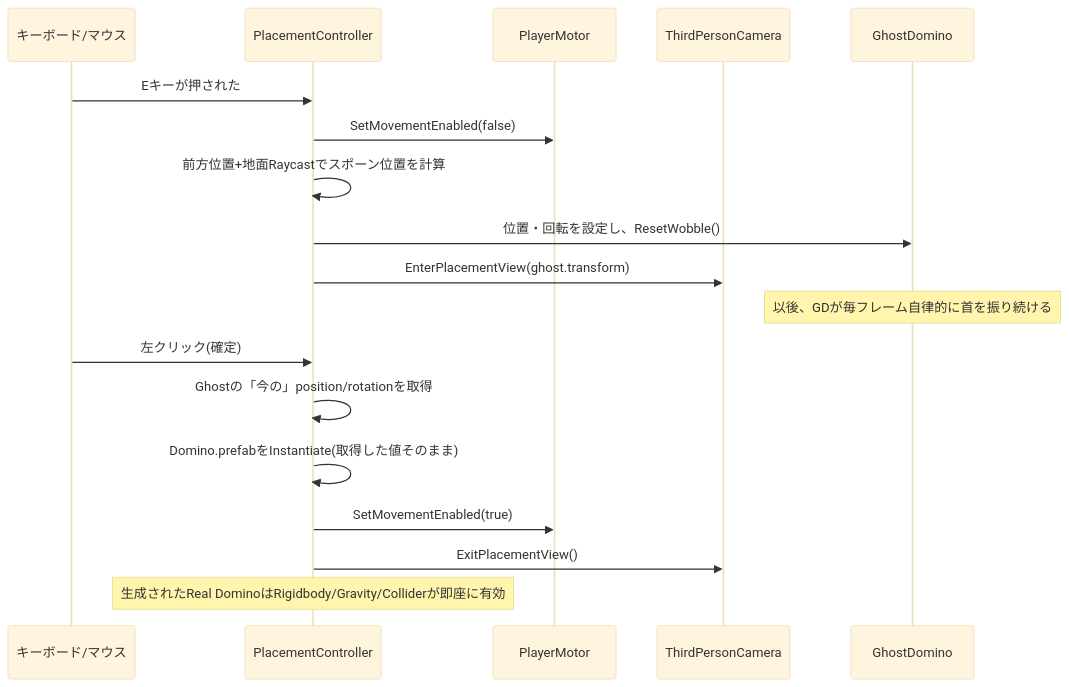
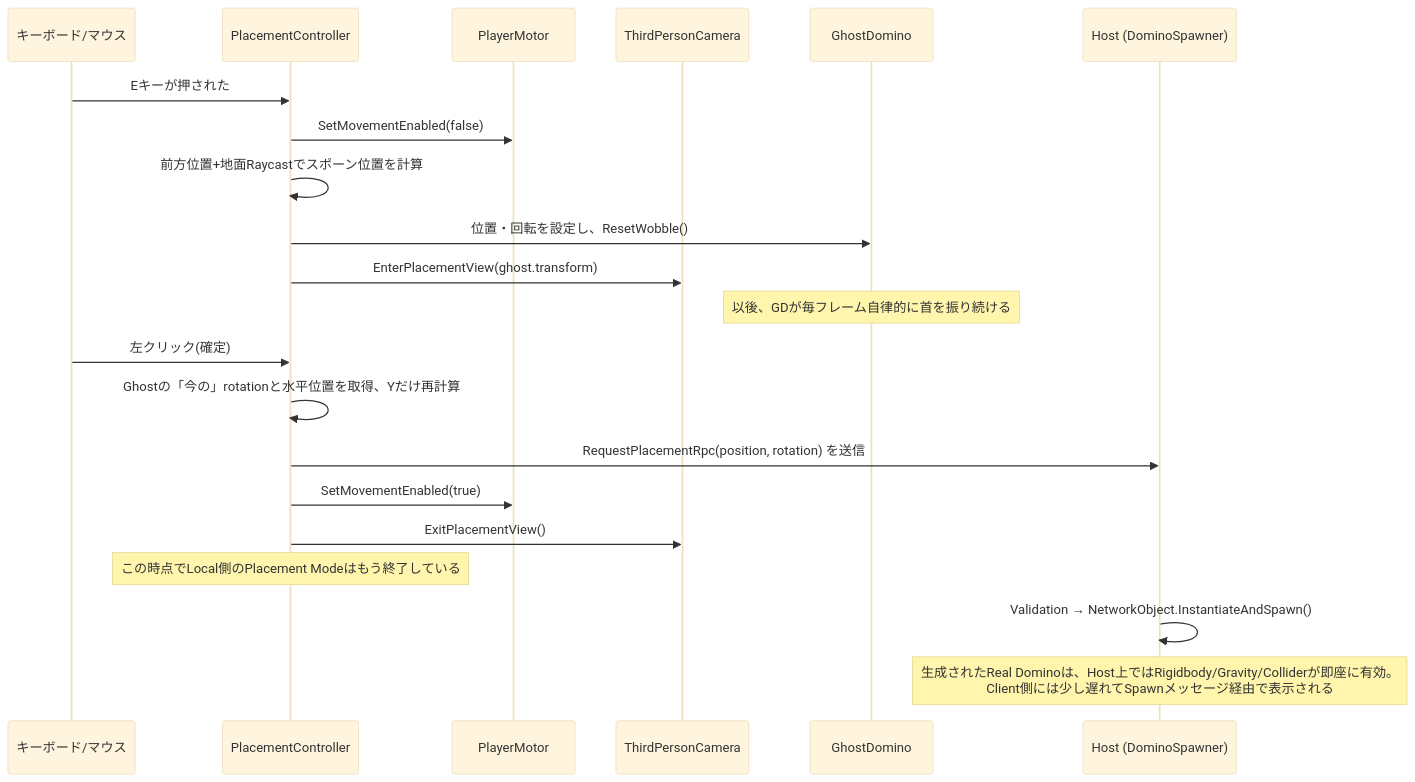
The first of 2 diagrams in Docs/PlayerSystem.md (skygonzaburou/domino-game), drawn with Mermaid (base theme) before and after one commit. The commit also changed other lines of this file and 9 other files, not shown here.

First line of the commit message:
Step 5: Networked Domino placement with Host-authoritative physics

````diff
--- a/Docs/PlayerSystem.md
+++ b/Docs/PlayerSystem.md
@@ -165,22 +170,25 @@
 ```mermaid
 sequenceDiagram
     participant Kb as キーボード/マウス
     participant PC as PlacementController
     participant PM as PlayerMotor
     participant Cam as ThirdPersonCamera
     participant GD as GhostDomino
+    participant Host as Host (DominoSpawner)
 
     Kb->>PC: Eキーが押された
     PC->>PM: SetMovementEnabled(false)
     PC->>PC: 前方位置+地面Raycastでスポーン位置を計算
     PC->>GD: 位置・回転を設定し、ResetWobble()
     PC->>Cam: EnterPlacementView(ghost.transform)
     Note over GD: 以後、GDが毎フレーム自律的に首を振り続ける
 
     Kb->>PC: 左クリック(確定)
-    PC->>PC: Ghostの「今の」position/rotationを取得
-    PC->>PC: Domino.prefabをInstantiate(取得した値そのまま)
+    PC->>PC: Ghostの「今の」rotationと水平位置を取得、Yだけ再計算
+    PC->>Host: RequestPlacementRpc(position, rotation) を送信
     PC->>PM: SetMovementEnabled(true)
     PC->>Cam: ExitPlacementView()
-    Note over PC: 生成されたReal DominoはRigidbody/Gravity/Colliderが即座に有効
+    Note over PC: この時点でLocal側のPlacement Modeはもう終了している
+    Host->>Host: Validation → NetworkObject.InstantiateAndSpawn()
+    Note over Host: 生成されたReal Dominoは、Host上ではRigidbody/Gravity/Colliderが即座に有効。<br/>Client側には少し遅れてSpawnメッセージ経由で表示される
 ```
````
